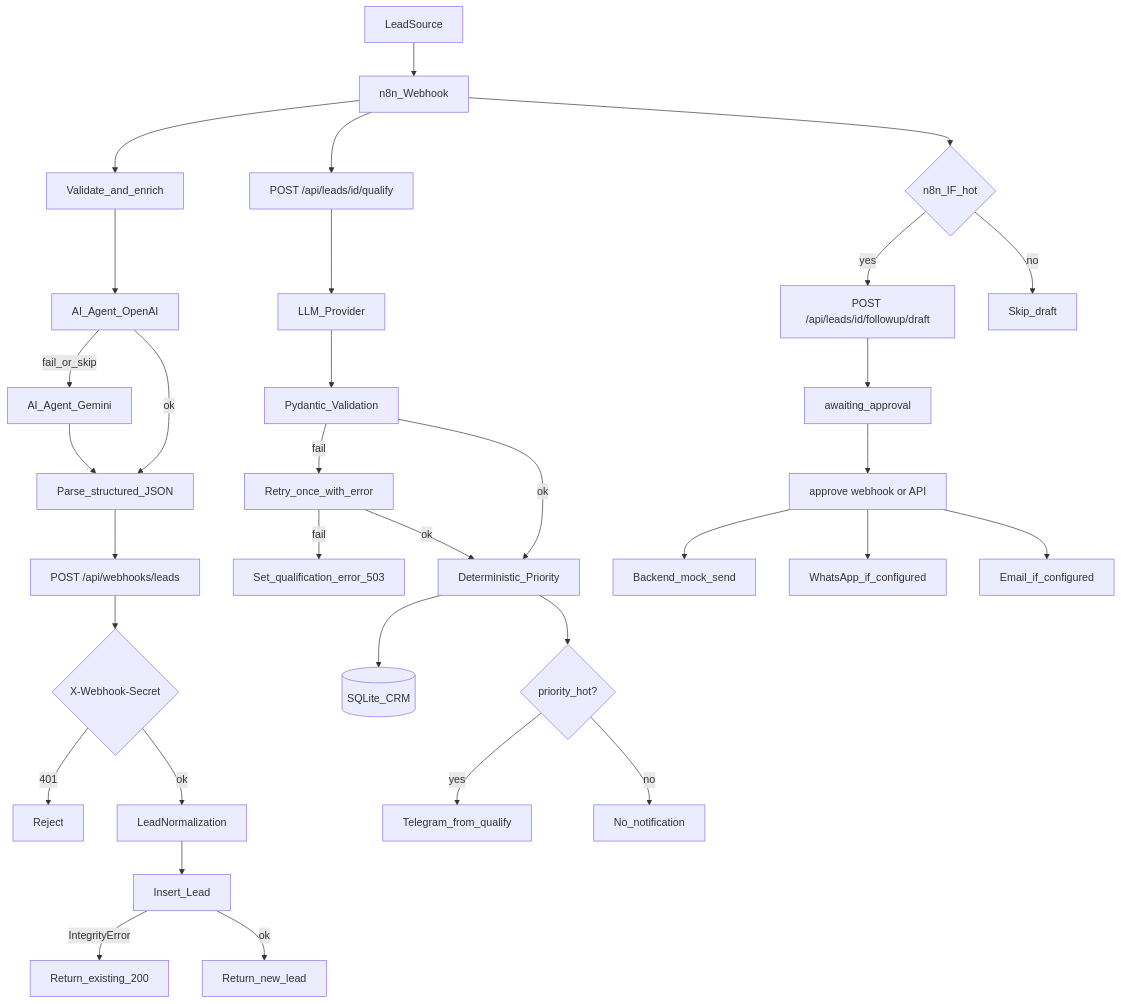
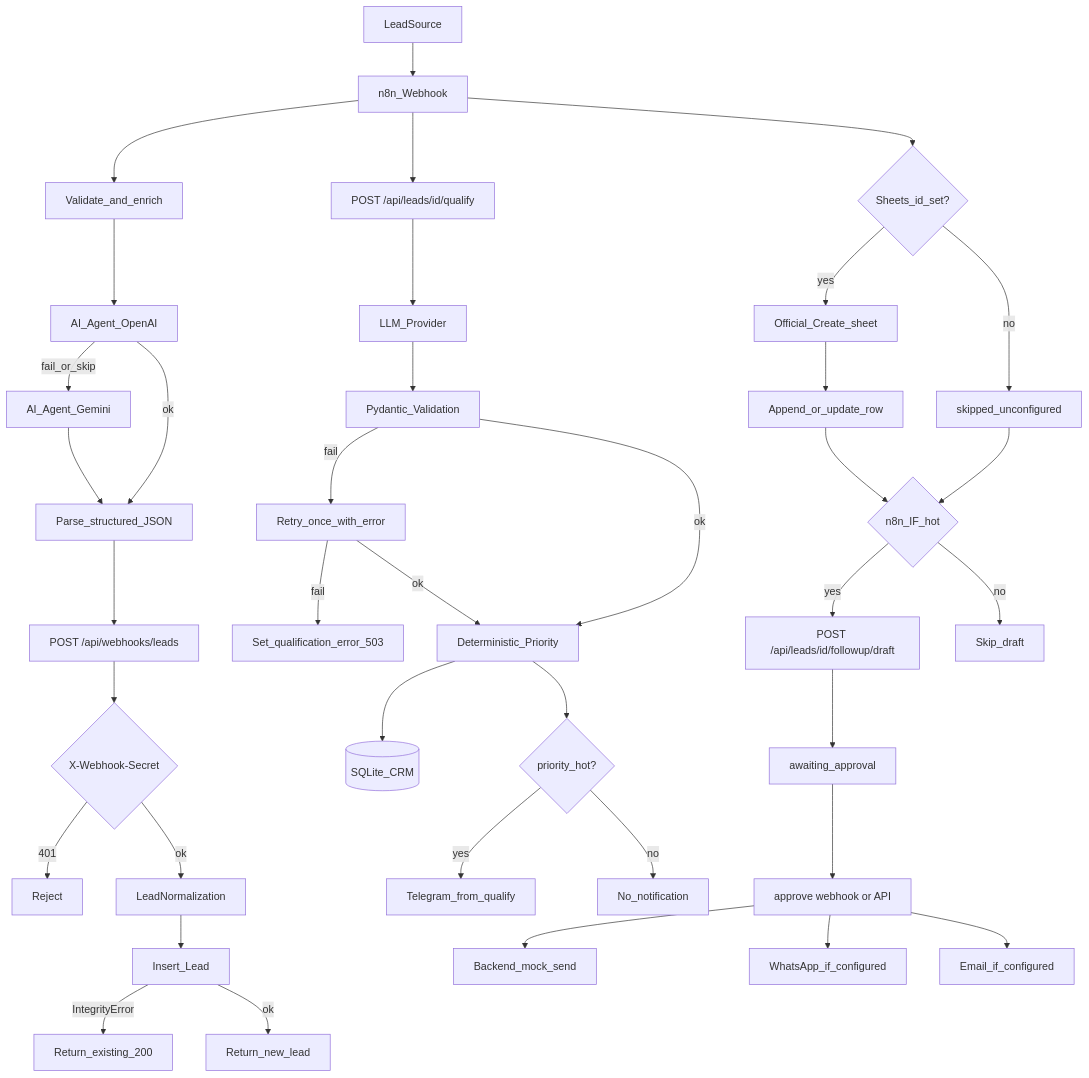
Before and after one commit to mohammadbourbour/AI-CRM: the diagram in docs/ARCHITECTURE.md, drawn with Mermaid. The commit also changed other lines of this file and 23 other files, not shown here.

````diff
--- a/docs/ARCHITECTURE.md
+++ b/docs/ARCHITECTURE.md
@@ -7,35 +7,40 @@
 ```mermaid
 flowchart TD
     LeadSource[LeadSource] --> n8n[n8n_Webhook]
     n8n --> ValidateN8n[Validate_and_enrich]
     ValidateN8n --> OpenAI[AI_Agent_OpenAI]
     OpenAI -->|fail_or_skip| Gemini[AI_Agent_Gemini]
     OpenAI -->|ok| ParseJSON[Parse_structured_JSON]
     Gemini --> ParseJSON
     ParseJSON --> WebhookAPI["POST /api/webhooks/leads"]
     WebhookAPI --> AuthCheck{X-Webhook-Secret}
     AuthCheck -->|401| Reject[Reject]
     AuthCheck -->|ok| Normalize[LeadNormalization]
     Normalize --> InsertLead[Insert_Lead]
     InsertLead -->|IntegrityError| ExistingLead[Return_existing_200]
     InsertLead -->|ok| NewLead[Return_new_lead]
     n8n --> QualifyAPI["POST /api/leads/id/qualify"]
     QualifyAPI --> LLM[LLM_Provider]
     LLM --> Validate[Pydantic_Validation]
     Validate -->|fail| RetryOnce[Retry_once_with_error]
     RetryOnce -->|fail| QualError[Set_qualification_error_503]
     Validate -->|ok| PriorityRules[Deterministic_Priority]
     RetryOnce -->|ok| PriorityRules
     PriorityRules --> CRM[(SQLite_CRM)]
     PriorityRules --> HotCheck{priority_hot?}
     HotCheck -->|yes| Telegram[Telegram_from_qualify]
     HotCheck -->|no| SkipNotify[No_notification]
-    n8n --> PriorityIF{n8n_IF_hot}
+    n8n --> SheetsPlan{Sheets_id_set?}
+    SheetsPlan -->|yes| CreateSheet[Official_Create_sheet]
+    CreateSheet --> UpsertRow[Append_or_update_row]
+    SheetsPlan -->|no| SkipSheets[skipped_unconfigured]
+    UpsertRow --> PriorityIF{n8n_IF_hot}
+    SkipSheets --> PriorityIF
     PriorityIF -->|yes| FollowupDraft["POST /api/leads/id/followup/draft"]
     PriorityIF -->|no| SkipDraft[Skip_draft]
     FollowupDraft --> AwaitingApproval[awaiting_approval]
     AwaitingApproval --> HumanApprove["approve webhook or API"]
     HumanApprove --> MockSend[Backend_mock_send]
     HumanApprove --> OptionalWA[WhatsApp_if_configured]
     HumanApprove --> OptionalEmail[Email_if_configured]
 ```
````
